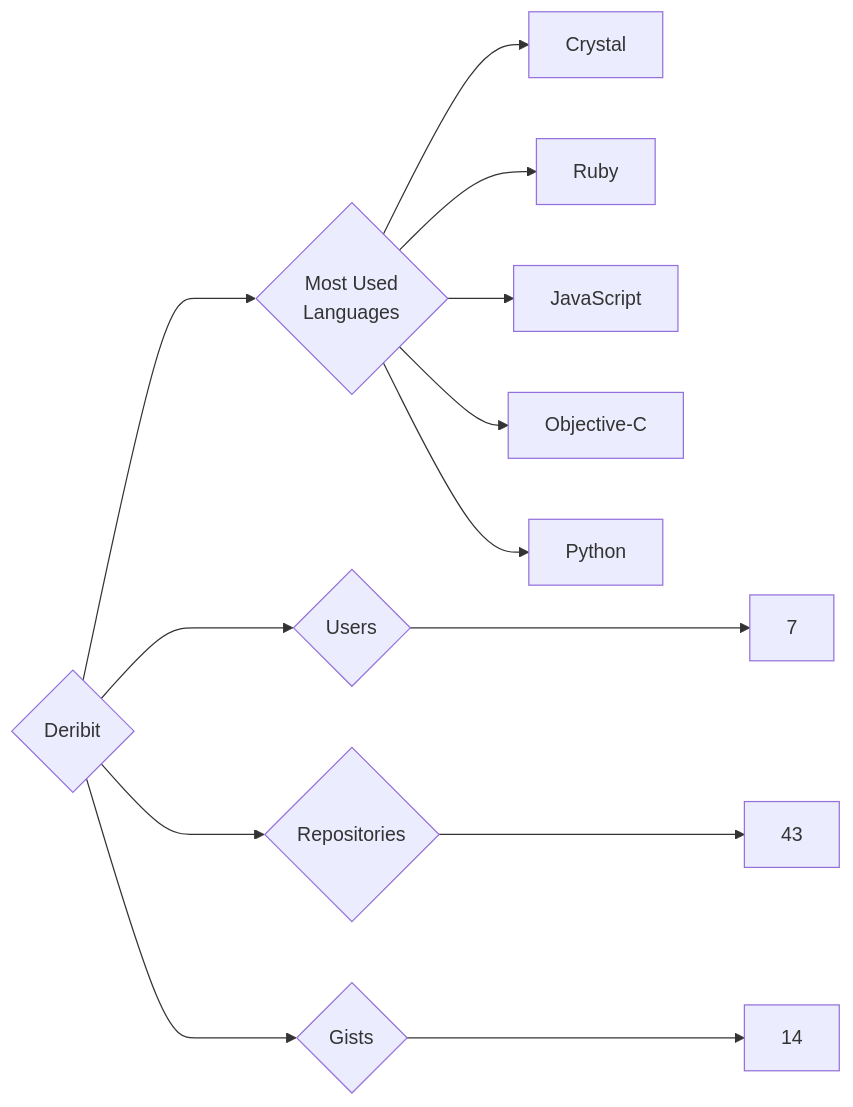
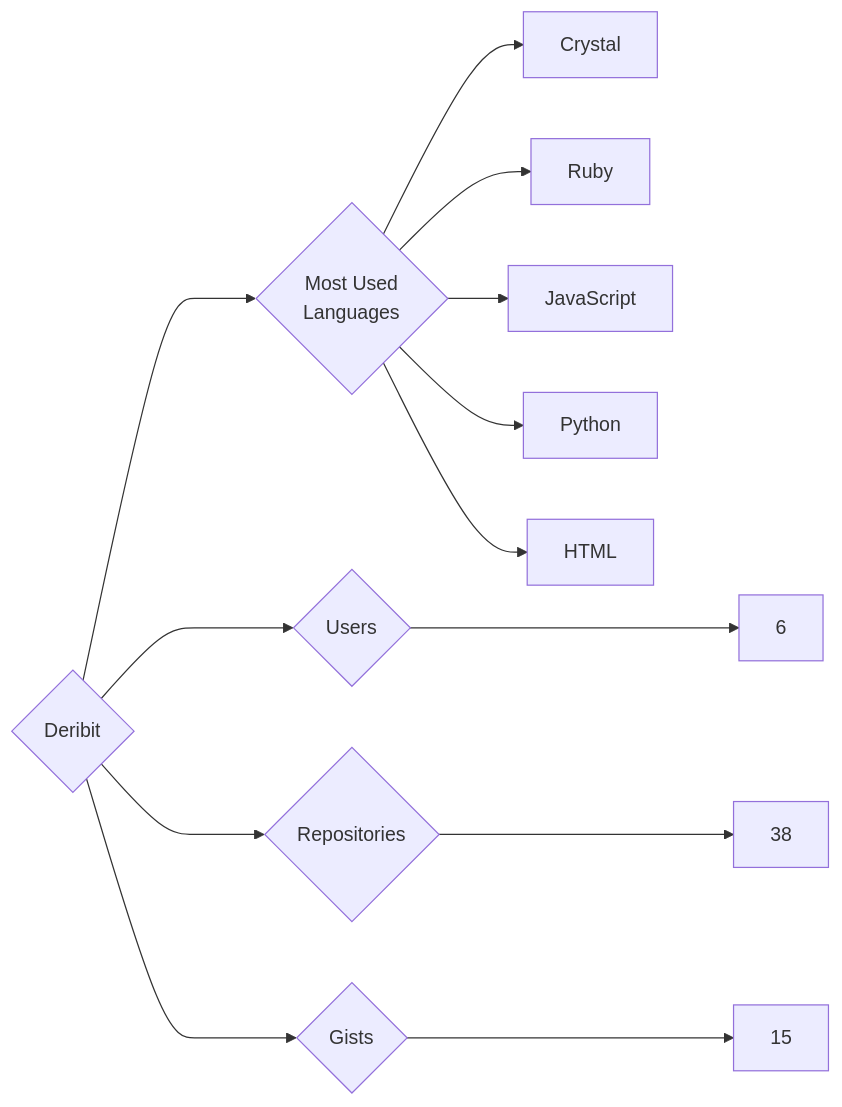
One commit to trickest/insiders changed the diagram in targets/Deribit/README.md. Above: the diagram before and after it, drawn with Mermaid. The commit also changed 872 other files, not shown here.

````diff
--- a/targets/Deribit/README.md
+++ b/targets/Deribit/README.md
@@ -3,13 +3,13 @@
 ```mermaid
 graph LR
 COMPANY_NAME{Deribit}
-COMPANY_NAME ---> U{Users} ---> UN[7]
-COMPANY_NAME ---> R{Repositories} ---> RN[43]
-COMPANY_NAME ---> G{Gists} ---> GN[14]
+COMPANY_NAME ---> U{Users} ---> UN[6]
+COMPANY_NAME ---> R{Repositories} ---> RN[38]
+COMPANY_NAME ---> G{Gists} ---> GN[15]
 COMPANY_NAME ---> ML{Most Used<br>Languages}
 ML --> Crystal[Crystal]
 ML --> Ruby[Ruby]
 ML --> JavaScript[JavaScript]
-ML --> Objective-C[Objective-C]
 ML --> Python[Python]
+ML --> HTML[HTML]
 ```
````
